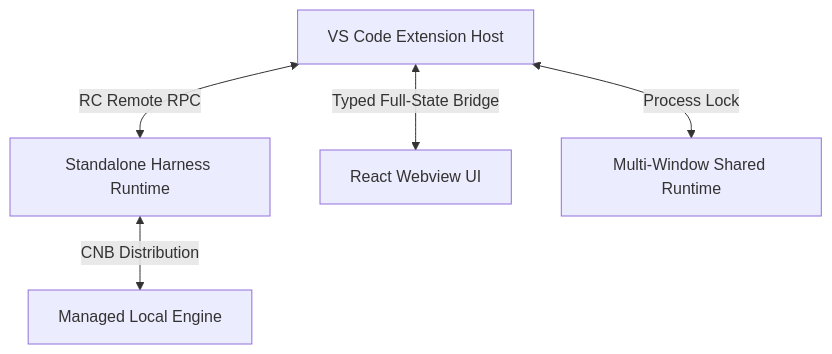
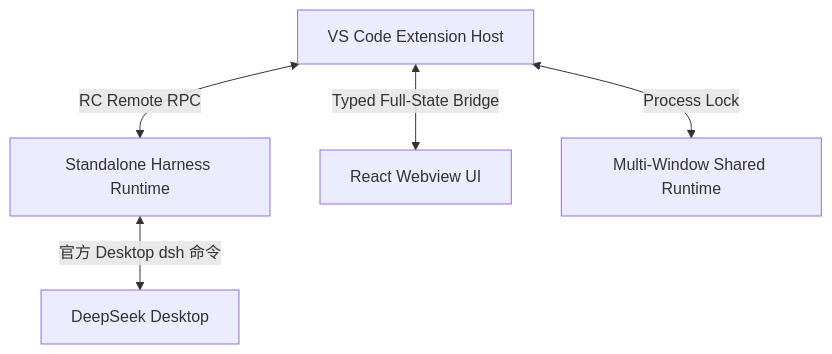
The diagram in README.zh-CN.md (HarcoChen/dsh-vsc-integration), drawn with Mermaid before and after one commit. The commit also changed other lines of this file and 43 other files, not shown here.

````diff
--- a/README.zh-CN.md
+++ b/README.zh-CN.md
@@ -187,7 +188,7 @@
 ```mermaid
 graph TD
     A[VS Code Extension Host] <-->|RC Remote RPC| B[Standalone Harness Runtime]
     A <-->|Typed Full-State Bridge| C[React Webview UI]
-    B <-->|CNB Distribution| D[Managed Local Engine]
+    B <-->|官方 Desktop dsh 命令| D[DeepSeek Desktop]
     A <-->|Process Lock| E[Multi-Window Shared Runtime]
 ```
````
